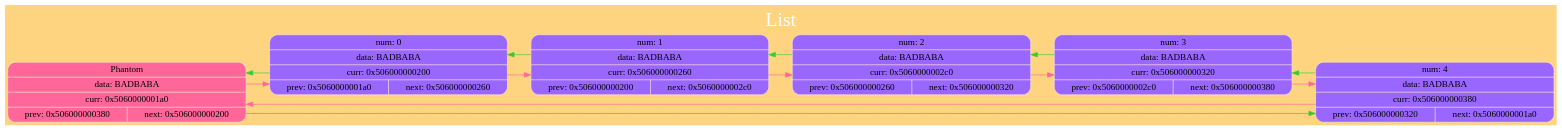
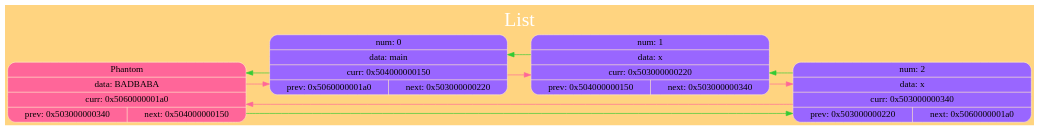
Before and after one commit to kand1bober/OOSD-Language: the diagram in StringList/dump/ListGraph.dot, drawn with Graphviz. The commit also changed 18 other files, not shown here.

```diff
--- a/StringList/dump/ListGraph.dot
+++ b/StringList/dump/ListGraph.dot
@@ -1,31 +1,25 @@
 digraph G
 {
 label="List";
  labelloc="t";
  fontsize=30
  fontname="Verdana";
  fontcolor="#FFFFFF"
 
 rankdir=LR; splines=ortho; size="200,300"; bgcolor="#ffd480";
-{ node_0x5060000001a0 [shape = record; style="rounded, filled", fillcolor="#ff6699", color="#FFE9C7", label=" { Phantom } | { data: BADBABA } | { curr: 0x5060000001a0 } | { { prev: 0x506000000380 } | { next: 0x506000000200 } }  "] 
+{ node_0x5060000001a0 [shape = record; style="rounded, filled", fillcolor="#ff6699", color="#FFE9C7", label=" { Phantom } | { data: BADBABA } | { curr: 0x5060000001a0 } | { { prev: 0x503000000340 } | { next: 0x504000000150 } }  "] 
 }
-node_0x506000000200 [shape = record; style="rounded, filled", fillcolor="#9966FF", color="#FFE9C7", label=" { num: 0 } | { data: BADBABA } | { curr: 0x506000000200 } | { { prev: 0x5060000001a0 } | { next: 0x506000000260 } }  "] 
-node_0x506000000260 [shape = record; style="rounded, filled", fillcolor="#9966FF", color="#FFE9C7", label=" { num: 1 } | { data: BADBABA } | { curr: 0x506000000260 } | { { prev: 0x506000000200 } | { next: 0x5060000002c0 } }  "] 
-node_0x5060000002c0 [shape = record; style="rounded, filled", fillcolor="#9966FF", color="#FFE9C7", label=" { num: 2 } | { data: BADBABA } | { curr: 0x5060000002c0 } | { { prev: 0x506000000260 } | { next: 0x506000000320 } }  "] 
-node_0x506000000320 [shape = record; style="rounded, filled", fillcolor="#9966FF", color="#FFE9C7", label=" { num: 3 } | { data: BADBABA } | { curr: 0x506000000320 } | { { prev: 0x5060000002c0 } | { next: 0x506000000380 } }  "] 
-node_0x506000000380 [shape = record; style="rounded, filled", fillcolor="#9966FF", color="#FFE9C7", label=" { num: 4 } | { data: BADBABA } | { curr: 0x506000000380 } | { { prev: 0x506000000320 } | { next: 0x5060000001a0 } }  "] 
+node_0x504000000150 [shape = record; style="rounded, filled", fillcolor="#9966FF", color="#FFE9C7", label=" { num: 0 } | { data: main } | { curr: 0x504000000150 } | { { prev: 0x5060000001a0 } | { next: 0x503000000220 } }  "] 
+node_0x503000000220 [shape = record; style="rounded, filled", fillcolor="#9966FF", color="#FFE9C7", label=" { num: 1 } | { data: x } | { curr: 0x503000000220 } | { { prev: 0x504000000150 } | { next: 0x503000000340 } }  "] 
+node_0x503000000340 [shape = record; style="rounded, filled", fillcolor="#9966FF", color="#FFE9C7", label=" { num: 2 } | { data: x } | { curr: 0x503000000340 } | { { prev: 0x503000000220 } | { next: 0x5060000001a0 } }  "] 
 
-node_0x5060000001a0 -> node_0x506000000200 [color ="#ff6699"];
-node_0x5060000001a0 -> node_0x506000000380 [color ="#34cb34"];
-node_0x506000000200 -> node_0x506000000260 [color ="#ff6699"];
-node_0x506000000200 -> node_0x5060000001a0 [color ="#34cb34"];
-node_0x506000000260 -> node_0x5060000002c0 [color ="#ff6699"];
-node_0x506000000260 -> node_0x506000000200 [color ="#34cb34"];
-node_0x5060000002c0 -> node_0x506000000320 [color ="#ff6699"];
-node_0x5060000002c0 -> node_0x506000000260 [color ="#34cb34"];
-node_0x506000000320 -> node_0x506000000380 [color ="#ff6699"];
-node_0x506000000320 -> node_0x5060000002c0 [color ="#34cb34"];
-node_0x506000000380 -> node_0x5060000001a0 [color ="#ff6699"];
-node_0x506000000380 -> node_0x506000000320 [color ="#34cb34"];
+node_0x5060000001a0 -> node_0x504000000150 [color ="#ff6699"];
+node_0x5060000001a0 -> node_0x503000000340 [color ="#34cb34"];
+node_0x504000000150 -> node_0x503000000220 [color ="#ff6699"];
+node_0x504000000150 -> node_0x5060000001a0 [color ="#34cb34"];
+node_0x503000000220 -> node_0x503000000340 [color ="#ff6699"];
+node_0x503000000220 -> node_0x504000000150 [color ="#34cb34"];
+node_0x503000000340 -> node_0x5060000001a0 [color ="#ff6699"];
+node_0x503000000340 -> node_0x503000000220 [color ="#34cb34"];
 
 }
```
